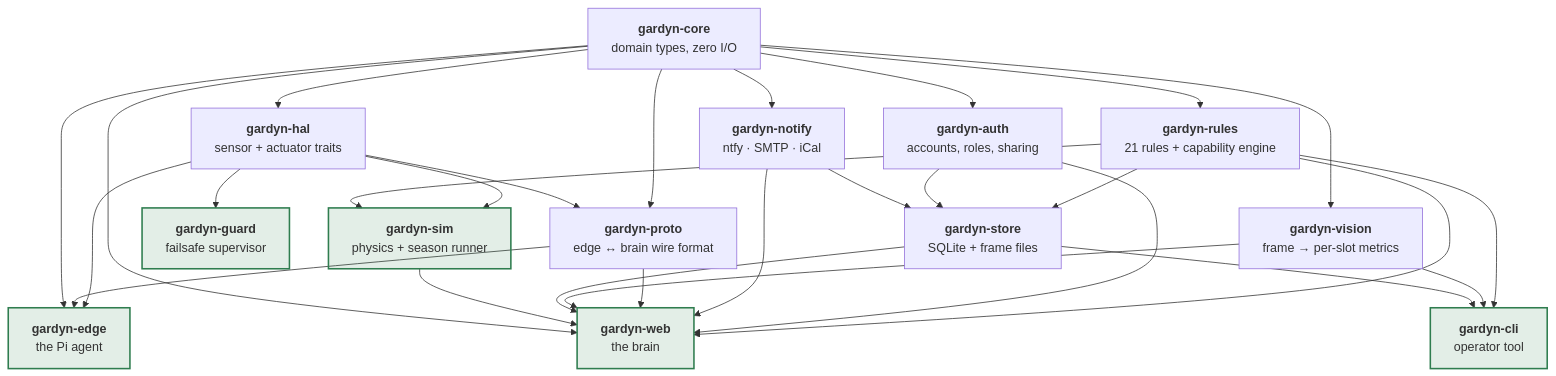
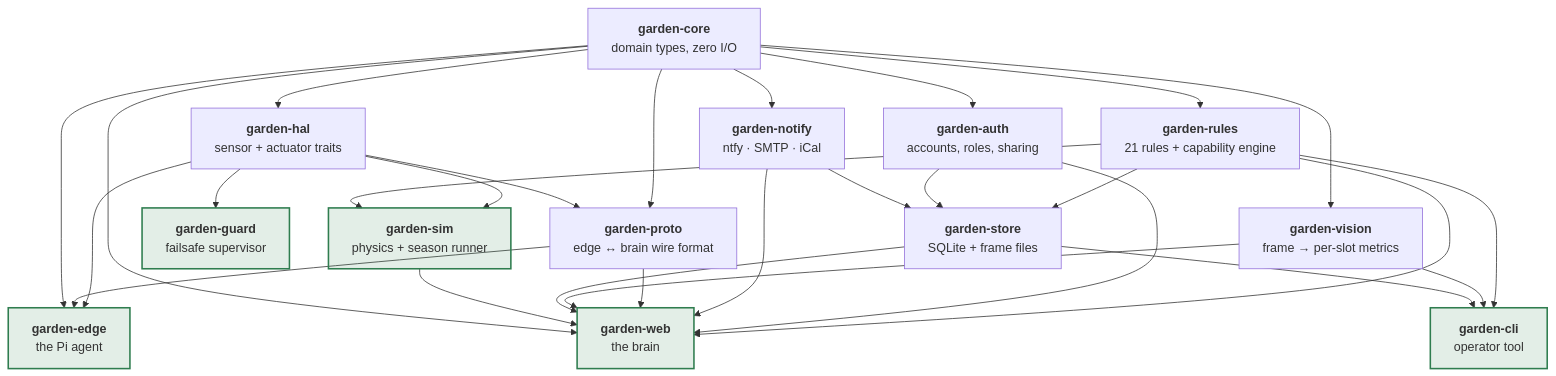
One commit to aero530/garden_monitor changed the diagram in README.md. Above: the diagram before and after it, drawn with Mermaid. The commit also changed other lines of this file and 272 other files, not shown here.

First line of the commit message:
Rename the project from gardyn to garden

````diff
--- a/README.md
+++ b/README.md
@@ -29,31 +29,31 @@
 ```mermaid
 flowchart TD
-  core["<b>gardyn-core</b><br/>domain types, zero I/O"]
-  hal["<b>gardyn-hal</b><br/>sensor + actuator traits"]
-  rules["<b>gardyn-rules</b><br/>21 rules + capability engine"]
-  auth["<b>gardyn-auth</b><br/>accounts, roles, sharing"]
-  proto["<b>gardyn-proto</b><br/>edge ↔ brain wire format"]
-  notify["<b>gardyn-notify</b><br/>ntfy · SMTP · iCal"]
-  sim["<b>gardyn-sim</b><br/>physics + season runner"]
-  store["<b>gardyn-store</b><br/>SQLite + frame files"]
-  web["<b>gardyn-web</b><br/>the brain"]
-  edge["<b>gardyn-edge</b><br/>the Pi agent"]
-  guard["<b>gardyn-guard</b><br/>failsafe supervisor"]
+  core["<b>garden-core</b><br/>domain types, zero I/O"]
+  hal["<b>garden-hal</b><br/>sensor + actuator traits"]
+  rules["<b>garden-rules</b><br/>21 rules + capability engine"]
+  auth["<b>garden-auth</b><br/>accounts, roles, sharing"]
+  proto["<b>garden-proto</b><br/>edge ↔ brain wire format"]
+  notify["<b>garden-notify</b><br/>ntfy · SMTP · iCal"]
+  sim["<b>garden-sim</b><br/>physics + season runner"]
+  store["<b>garden-store</b><br/>SQLite + frame files"]
+  web["<b>garden-web</b><br/>the brain"]
+  edge["<b>garden-edge</b><br/>the Pi agent"]
+  guard["<b>garden-guard</b><br/>failsafe supervisor"]
 
-  vision["<b>gardyn-vision</b><br/>frame → per-slot metrics"]
-  cli["<b>gardyn-cli</b><br/>operator tool"]
+  vision["<b>garden-vision</b><br/>frame → per-slot metrics"]
+  cli["<b>garden-cli</b><br/>operator tool"]
 
   core --> hal & rules & auth & proto & notify & vision
   hal --> sim & edge & guard & proto
   rules --> sim & store & web & cli
   auth --> store & web
   notify --> store & web
   proto --> edge & web
   vision --> web & cli
   store --> web & cli
   sim --> web
   core --> web & edge
 
   classDef bin fill:#2f7d4f22,stroke:#2f7d4f,stroke-width:2px
   class web,edge,guard,sim,cli bin
 ```
````
